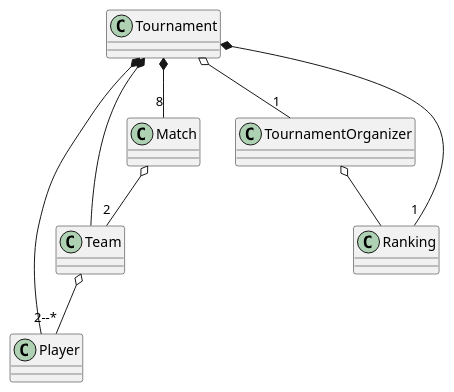
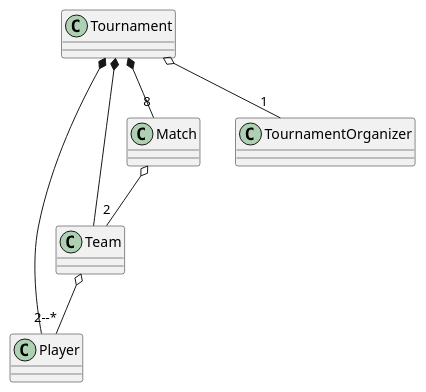
The diagram in doc/Domain.puml (DeRp-DaWg/SP3), drawn with PlantUML before and after one commit. The commit also changed 1 other file, not shown here.

```diff
--- a/doc/Domain.puml
+++ b/doc/Domain.puml
@@ -1,32 +1,27 @@
 @startuml
 'https://plantuml.com/class-diagram
 
 
 class Player {
 }
 
 class Team {
 }
 
 class Match {
 }
 
 class Tournament {
 }
 
 class TournamentOrganizer {
 }
 
-class Ranking {
-}
-
 Tournament o-- "1" TournamentOrganizer
 Tournament *-- "8" Match
 Tournament *-- Player
 Tournament *-- Team
-Tournament *-- "1" Ranking
 Match o-- "2" Team
 Team o-- "2--*" Player
-TournamentOrganizer o-- Ranking
 
 @enduml
```
